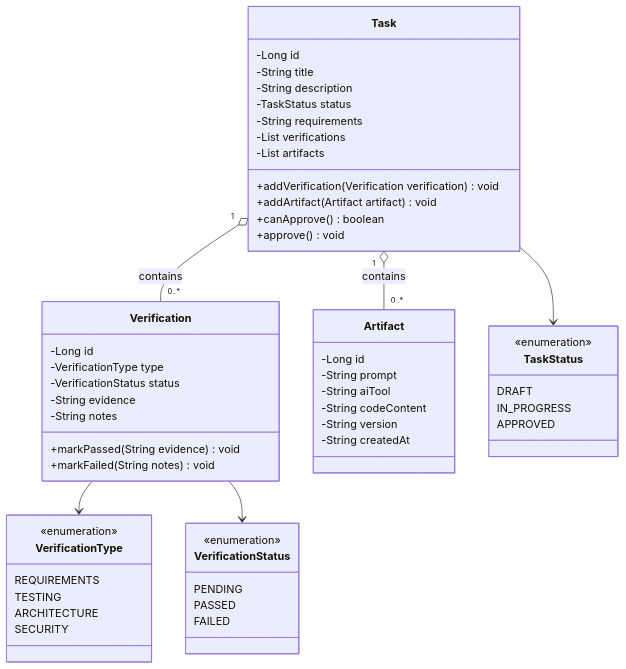
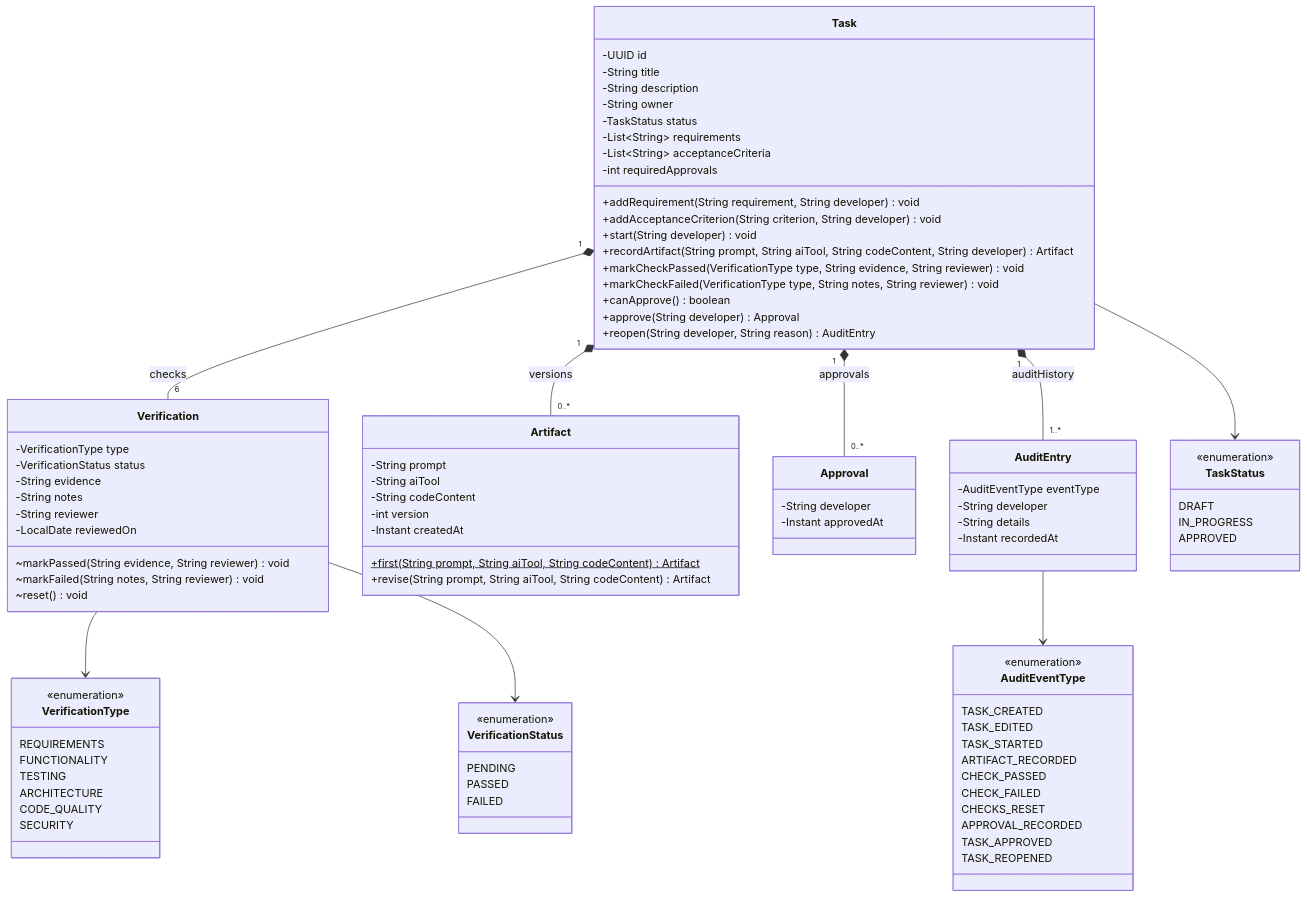
One commit to ASantana0924/cen5064-project-santana changed the third of 4 diagrams in README.md. Above: the diagram before and after it, drawn with Mermaid. The commit also changed other lines of this file and 5 other files, not shown here.

````diff
--- a/README.md
+++ b/README.md
@@ -71,37 +109,57 @@
 ```mermaid
-%% Class diagram: your 3–4 core domain classes.
 classDiagram
     class Task {
-        -Long id
+        -UUID id
         -String title
         -String description
+        -String owner
         -TaskStatus status
-        -String requirements
-        -List verifications
-        -List artifacts
-        +addVerification(Verification verification) void
-        +addArtifact(Artifact artifact) void
+        -List~String~ requirements
+        -List~String~ acceptanceCriteria
+        -int requiredApprovals
+        +addRequirement(String requirement, String developer) void
+        +addAcceptanceCriterion(String criterion, String developer) void
+        +start(String developer) void
+        +recordArtifact(String prompt, String aiTool, String codeContent, String developer) Artifact
+        +markCheckPassed(VerificationType type, String evidence, String reviewer) void
+        +markCheckFailed(VerificationType type, String notes, String reviewer) void
         +canApprove() boolean
-        +approve() void
+        +approve(String developer) Approval
+        +reopen(String developer, String reason) AuditEntry
     }
 
     class Verification {
-        -Long id
         -VerificationType type
         -VerificationStatus status
         -String evidence
         -String notes
-        +markPassed(String evidence) void
-        +markFailed(String notes) void
+        -String reviewer
+        -LocalDate reviewedOn
+        ~markPassed(String evidence, String reviewer) void
+        ~markFailed(String notes, String reviewer) void
+        ~reset() void
     }
 
     class Artifact {
-        -Long id
         -String prompt
         -String aiTool
         -String codeContent
-        -String version
-        -String createdAt
+        -int version
+        -Instant createdAt
+        +first(String prompt, String aiTool, String codeContent)$ Artifact
+        +revise(String prompt, String aiTool, String codeContent) Artifact
+    }
+
+    class Approval {
+        -String developer
+        -Instant approvedAt
+    }
+
+    class AuditEntry {
+        -AuditEventType eventType
+        -String developer
+        -String details
+        -Instant recordedAt
     }
 
     class TaskStatus {
@@ -114,8 +172,10 @@
     class VerificationType {
         <<enumeration>>
         REQUIREMENTS
+        FUNCTIONALITY
         TESTING
         ARCHITECTURE
+        CODE_QUALITY
         SECURITY
     }
 
@@ -126,9 +186,26 @@
         FAILED
     }
 
-    Task "1" o-- "0..*" Verification : contains
-    Task "1" o-- "0..*" Artifact : contains
+    class AuditEventType {
+        <<enumeration>>
+        TASK_CREATED
+        TASK_EDITED
+        TASK_STARTED
+        ARTIFACT_RECORDED
+        CHECK_PASSED
+        CHECK_FAILED
+        CHECKS_RESET
+        APPROVAL_RECORDED
+        TASK_APPROVED
+        TASK_REOPENED
+    }
+
+    Task "1" *-- "6" Verification : checks
+    Task "1" *-- "0..*" Artifact : versions
+    Task "1" *-- "0..*" Approval : approvals
+    Task "1" *-- "1..*" AuditEntry : auditHistory
     Task --> TaskStatus
     Verification --> VerificationType
     Verification --> VerificationStatus
+    AuditEntry --> AuditEventType
 ```
````
